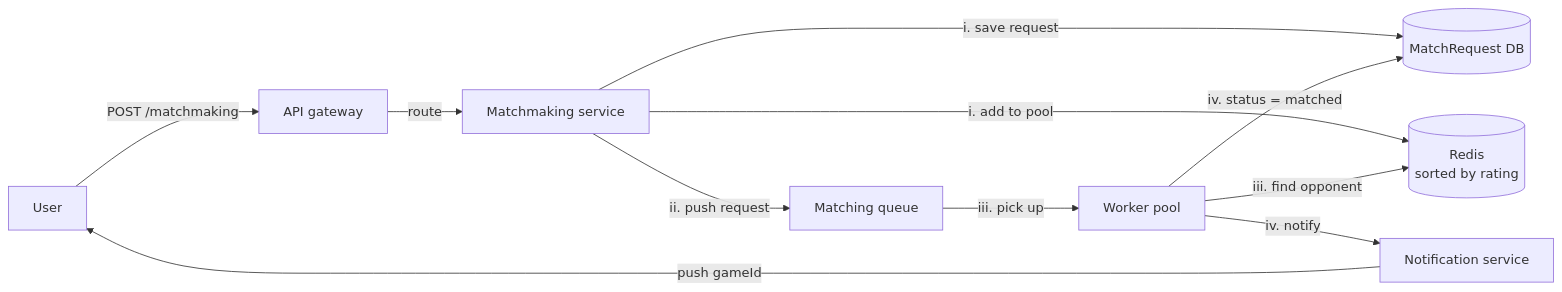
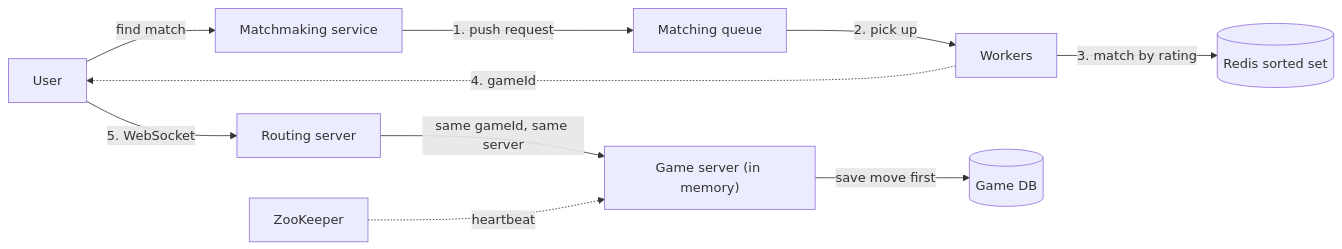
Before and after one commit to aaryan-pradhan/core-cs-fundamentals: the second of 2 diagrams in hld/25-chess.md, drawn with Mermaid. The commit also changed other lines of this file, not shown here.

````diff
--- a/hld/25-chess.md
+++ b/hld/25-chess.md
@@ -141,13 +72,12 @@
 ```mermaid
 flowchart LR
-    U["User"] -->|"POST /matchmaking"| GW["API gateway"]
-    GW -->|"route"| MM["Matchmaking service"]
-    MM -->|"i. save request"| MDB[("MatchRequest DB")]
-    MM -->|"i. add to pool"| R[("Redis<br/>sorted by rating")]
-    MM -->|"ii. push request"| Q["Matching queue"]
-    Q -->|"iii. pick up"| WP["Worker pool"]
-    WP -->|"iii. find opponent"| R
-    WP -->|"iv. status = matched"| MDB
-    WP -->|"iv. notify"| NS["Notification service"]
-    NS -->|"push gameId"| U
+    U["User"] -->|"find match"| MM["Matchmaking service"]
+    MM -->|"1. push request"| Q["Matching queue"]
+    Q -->|"2. pick up"| W["Workers"]
+    W -->|"3. match by rating"| RD[("Redis sorted set")]
+    W -.->|"4. gameId"| U
+    U -->|"5. WebSocket"| RS["Routing server"]
+    RS -->|"same gameId, same server"| GS["Game server (in memory)"]
+    GS -->|"save move first"| GDB[("Game DB")]
+    ZK["ZooKeeper"] -.->|"heartbeat"| GS
 ```
````
